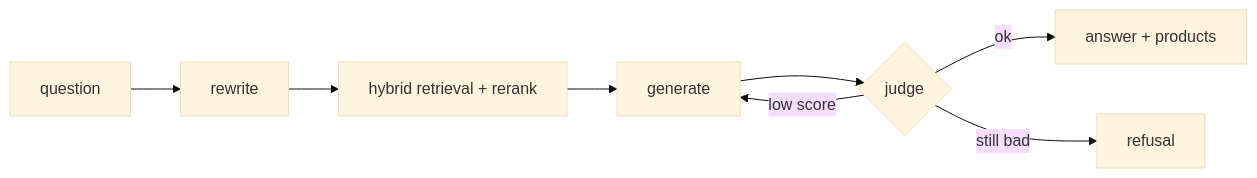
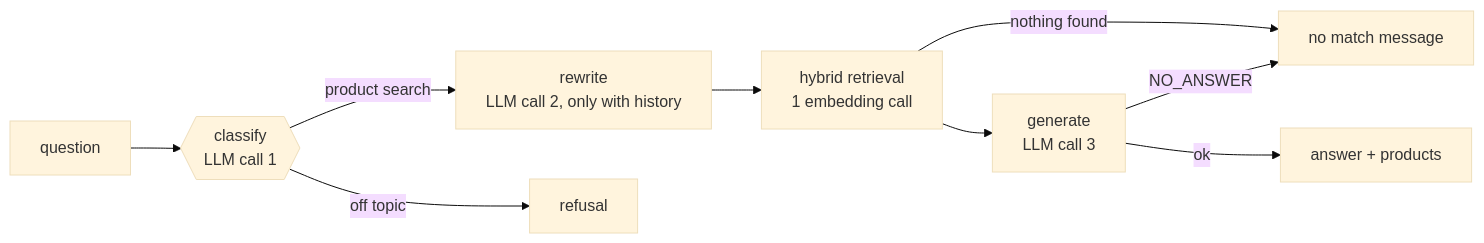
The diagram in readme.md (fsystemweb/rag-ecommerce), drawn with Mermaid (base theme) before and after one commit. The commit also changed other lines of this file and 23 other files, not shown here.

First line of the commit message:
Remove LLM rerank and grounding judge (#34)

````diff
--- a/readme.md
+++ b/readme.md
@@ -23,7 +23,8 @@
 ```mermaid
 flowchart LR
-  Q[question] --> R[rewrite] --> H[hybrid retrieval + rerank] --> G[generate] --> J{judge}
-  J -- ok --> A[answer + products]
-  J -- low score --> G
-  J -- still bad --> X[refusal]
+  Q[question] --> C{{"classify<br/>LLM call 1"}} -- product search --> R["rewrite<br/>LLM call 2, only with history"] --> H["hybrid retrieval<br/>1 embedding call"] --> G["generate<br/>LLM call 3"]
+  C -- off topic --> X[refusal]
+  H -- nothing found --> N[no match message]
+  G -- NO_ANSWER --> N
+  G -- ok --> A[answer + products]
 ```
````
